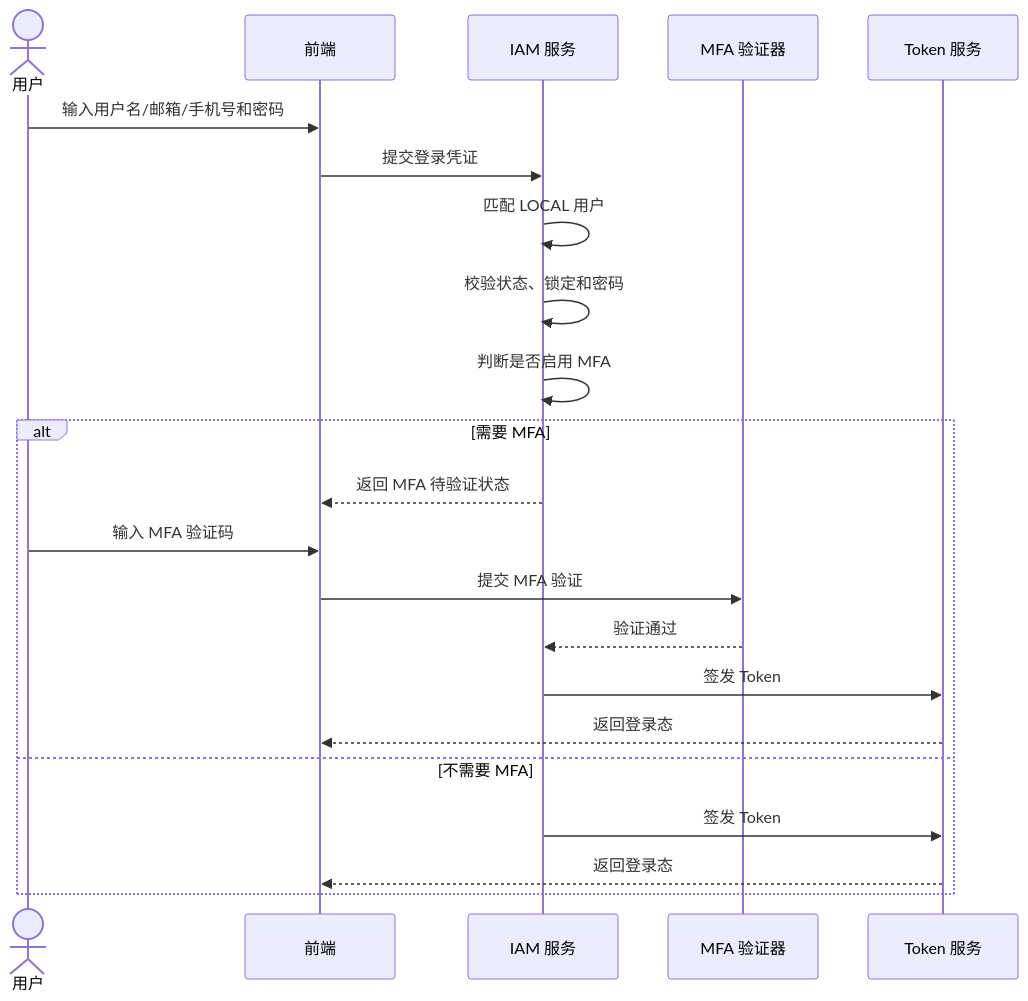
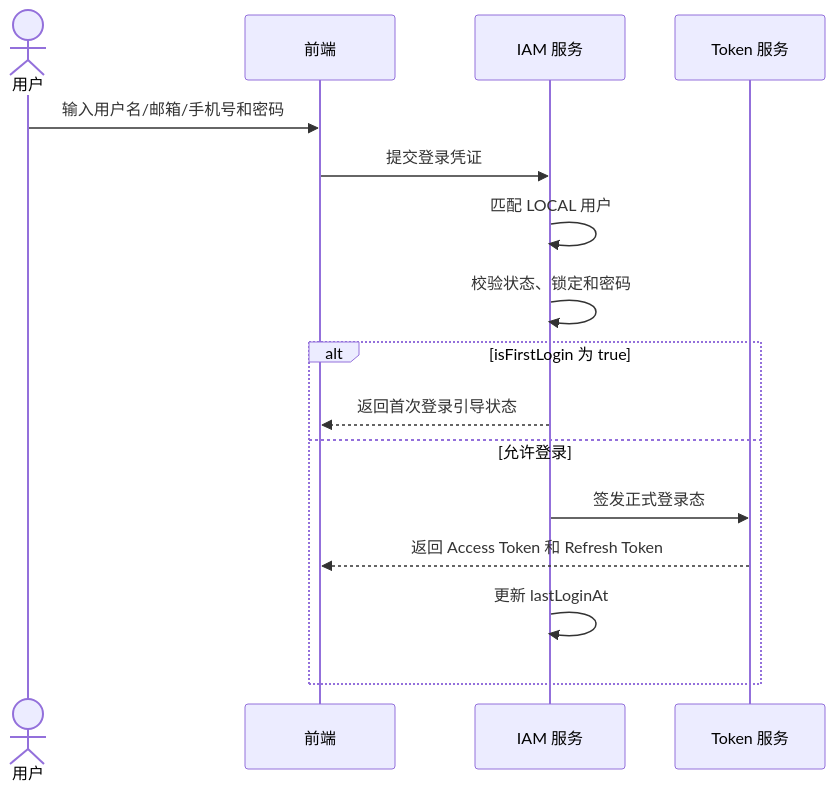
The first of 7 diagrams in 00_product/domains/identity/product-spec.md (wangweihong/omnimam-spec), drawn with Mermaid before and after one commit. The commit also changed other lines of this file, not shown here.

````diff
--- a/00_product/domains/identity/product-spec.md
+++ b/00_product/domains/identity/product-spec.md
@@ -616,25 +654,19 @@
 ```mermaid
 sequenceDiagram
   actor U as 用户
   participant FE as 前端
   participant IAM as IAM 服务
-  participant MFA as MFA 验证器
   participant Token as Token 服务
 
   U->>FE: 输入用户名/邮箱/手机号和密码
   FE->>IAM: 提交登录凭证
   IAM->>IAM: 匹配 LOCAL 用户
   IAM->>IAM: 校验状态、锁定和密码
-  IAM->>IAM: 判断是否启用 MFA
-  alt 需要 MFA
-    IAM-->>FE: 返回 MFA 待验证状态
-    U->>FE: 输入 MFA 验证码
-    FE->>MFA: 提交 MFA 验证
-    MFA-->>IAM: 验证通过
-    IAM->>Token: 签发 Token
-    Token-->>FE: 返回登录态
-  else 不需要 MFA
-    IAM->>Token: 签发 Token
-    Token-->>FE: 返回登录态
+  alt isFirstLogin 为 true
+    IAM-->>FE: 返回首次登录引导状态
+  else 允许登录
+    IAM->>Token: 签发正式登录态
+    Token-->>FE: 返回 Access Token 和 Refresh Token
+    IAM->>IAM: 更新 lastLoginAt
   end
 ```
````
